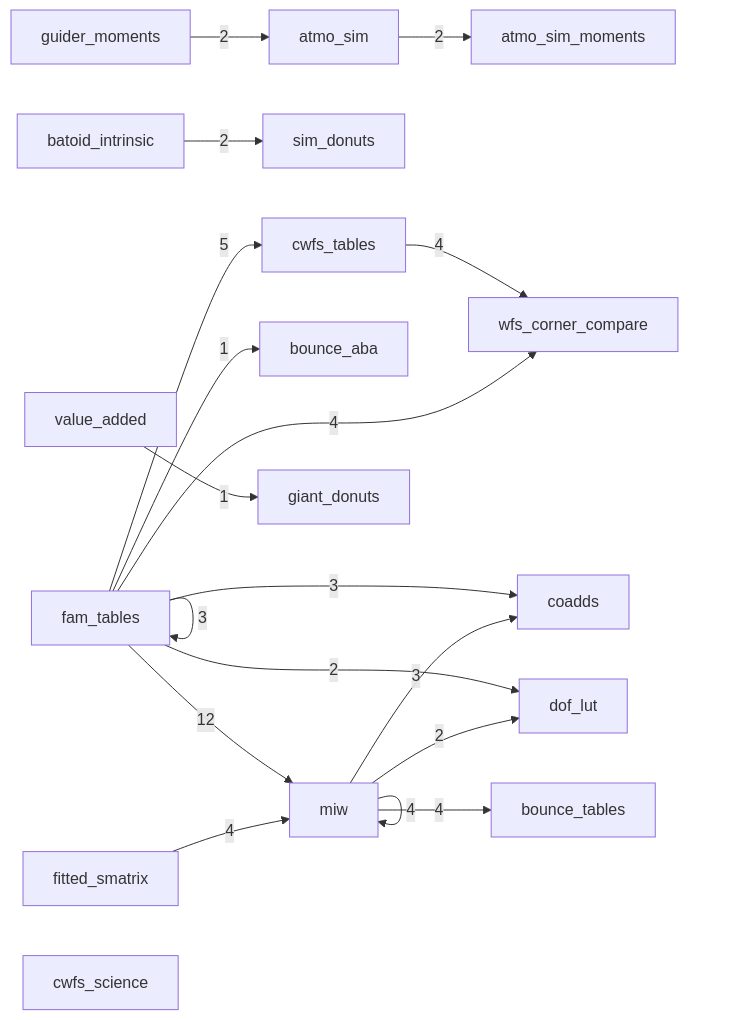
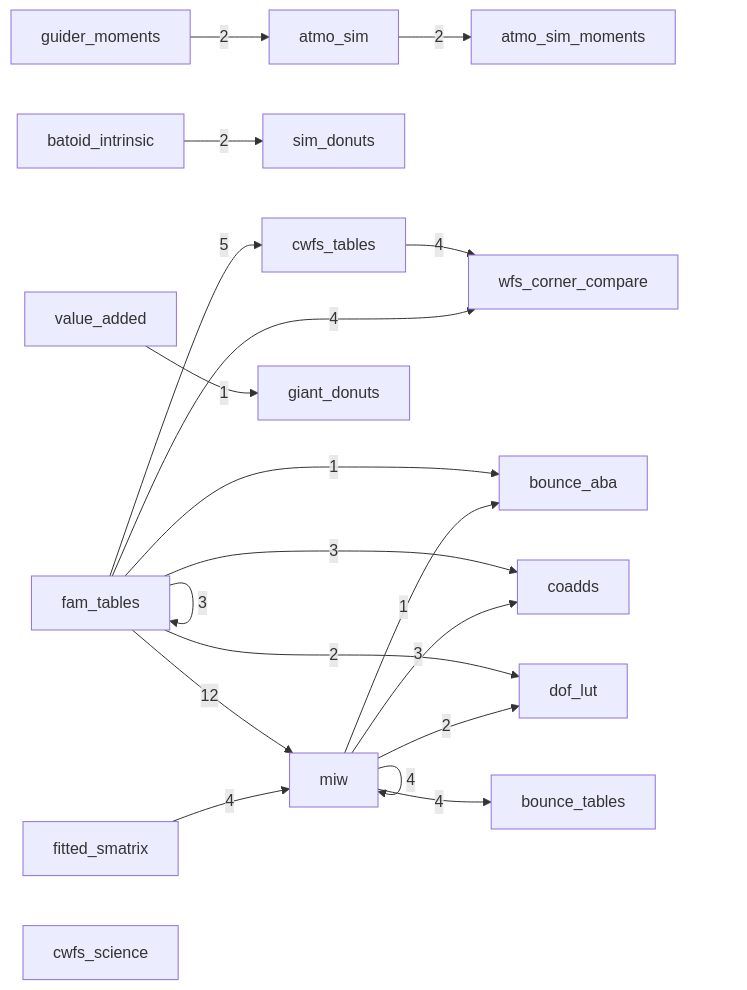
One commit to aaronroodman/rubin-work changed the diagram in PRODUCT_MAP.md. Above: the diagram before and after it, drawn with Mermaid. The commit also changed other lines of this file and 3 other files, not shown here.

First line of the commit message:
bounce_aba: build the RBR 50/50 MIW variant

````diff
--- a/PRODUCT_MAP.md
+++ b/PRODUCT_MAP.md
@@ -13,21 +13,22 @@
 ```mermaid
 flowchart LR
     atmo_sim -->|2| atmo_sim_moments
     batoid_intrinsic -->|2| sim_donuts
     cwfs_tables -->|4| wfs_corner_compare
     fam_tables -->|1| bounce_aba
     fam_tables -->|3| coadds
     fam_tables -->|5| cwfs_tables
     fam_tables -->|2| dof_lut
     fam_tables -->|3| fam_tables
     fam_tables -->|12| miw
     fam_tables -->|4| wfs_corner_compare
     fitted_smatrix -->|4| miw
     guider_moments -->|2| atmo_sim
+    miw -->|1| bounce_aba
     miw -->|4| bounce_tables
     miw -->|3| coadds
     miw -->|2| dof_lut
     miw -->|4| miw
     value_added -->|1| giant_donuts
     cwfs_science
 ```
````
